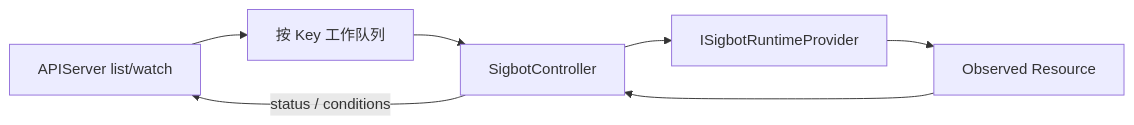
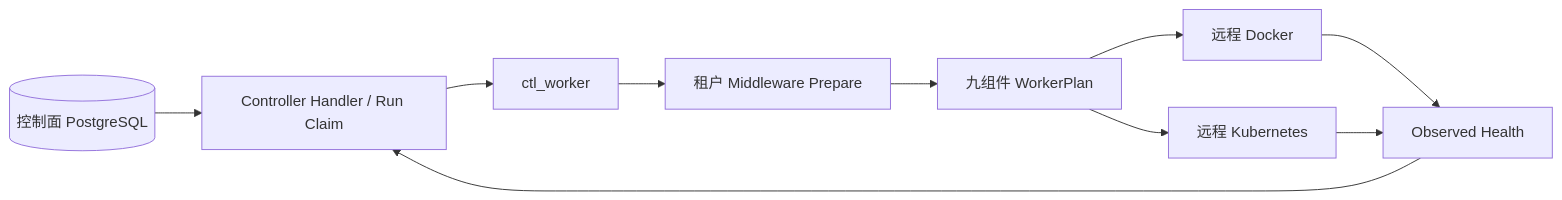
One commit to sigbot-labs/sigbot-core changed the diagram in docs/architecture/engine/controller/overview_ZH.md. Above: the diagram before and after it, drawn with Mermaid. The commit also changed other lines of this file and 1371 other files, not shown here.

Commit message:
Refactor runtime into provider-based domain components

````diff
--- a/docs/architecture/engine/controller/overview_ZH.md
+++ b/docs/architecture/engine/controller/overview_ZH.md
@@ -32,9 +19,12 @@
 ```mermaid
 flowchart LR
-    API[APIServer list/watch] --> Queue[按 Key 工作队列]
-    Queue --> Controller[SigbotController]
-    Controller --> Runtime[ISigbotRuntimeProvider]
-    Runtime --> Observed[Observed Resource]
-    Observed --> Controller
-    Controller -->|status / conditions| API
+    ControlDB[(控制面 PostgreSQL)] --> Claim[Controller Handler / Run Claim]
+    Claim --> Target[ctl_worker]
+    Target --> Prepare[租户 Middleware Prepare]
+    Prepare --> Plan[九组件 WorkerPlan]
+    Plan --> Docker[远程 Docker]
+    Plan --> Kubernetes[远程 Kubernetes]
+    Docker --> Status[Observed Health]
+    Kubernetes --> Status
+    Status --> Claim
 ```
````
